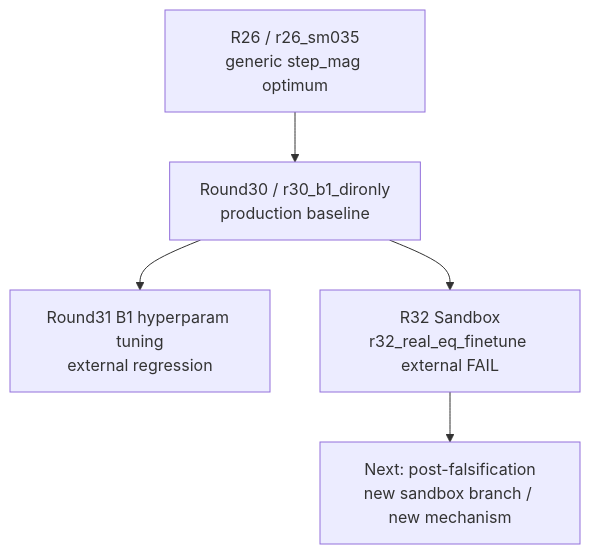
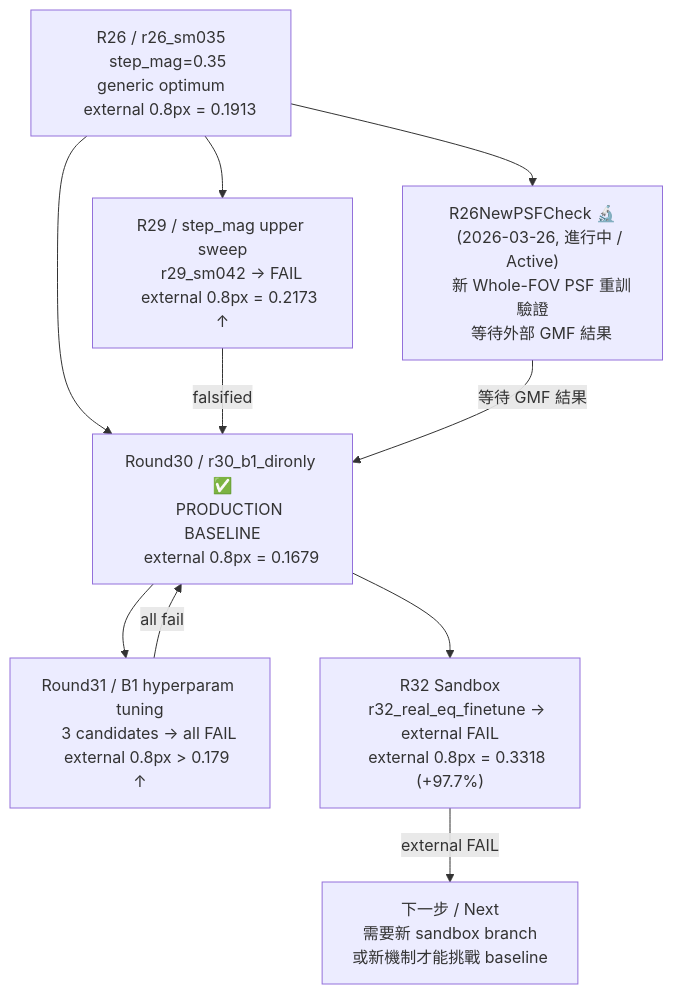
One commit to rio10255254/GMM_2_Final changed the diagram in README.md. Above: the diagram before and after it, drawn with Mermaid. The commit also changed other lines of this file and 12 other files, not shown here.

````diff
--- a/README.md
+++ b/README.md
@@ -122,7 +292,41 @@
 ```mermaid
 flowchart TD
-    R26["R26 / r26_sm035<br/>generic step_mag optimum"] --> R30["Round30 / r30_b1_dironly<br/>production baseline"]
-    R30 --> R31["Round31 B1 hyperparam tuning<br/>external regression"]
-    R30 --> R32["R32 Sandbox<br/>r32_real_eq_finetune external FAIL"]
-    R32 --> NEXT["Next: post-falsification<br/>new sandbox branch / new mechanism"]
+    R26["R26 / r26_sm035
+    step_mag=0.35 generic optimum
+    external 0.8px = 0.1913"]
+
+    R29["R29 / step_mag upper sweep
+    r29_sm042 → FAIL
+    external 0.8px = 0.2173 ↑"]
+
+    R30["Round30 / r30_b1_dironly ✅
+    PRODUCTION BASELINE
+    external 0.8px = 0.1679"]
+
+    R31["Round31 / B1 hyperparam tuning
+    3 candidates → all FAIL
+    external 0.8px > 0.179 ↑"]
+
+    R32["R32 Sandbox
+    r32_real_eq_finetune → external FAIL
+    external 0.8px = 0.3318 (+97.7%)"]
+
+    R26PSF["R26NewPSFCheck 🔬
+    (2026-03-26, 進行中 / Active)
+    新 Whole-FOV PSF 重訓驗證
+    等待外部 GMF 結果"]
+
+    NEXT["下一步 / Next
+    需要新 sandbox branch
+    或新機制才能挑戰 baseline"]
+
+    R26 --> R30
+    R26 --> R29
+    R29 -- falsified --> R30
+    R30 --> R31
+    R31 -- all fail --> R30
+    R30 --> R32
+    R32 -- external FAIL --> NEXT
+    R26 --> R26PSF
+    R26PSF -- 等待 GMF 結果 --> R30
 ```
````
